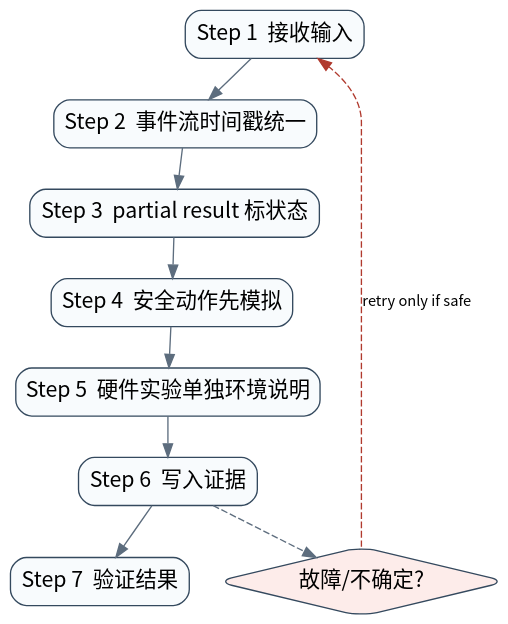
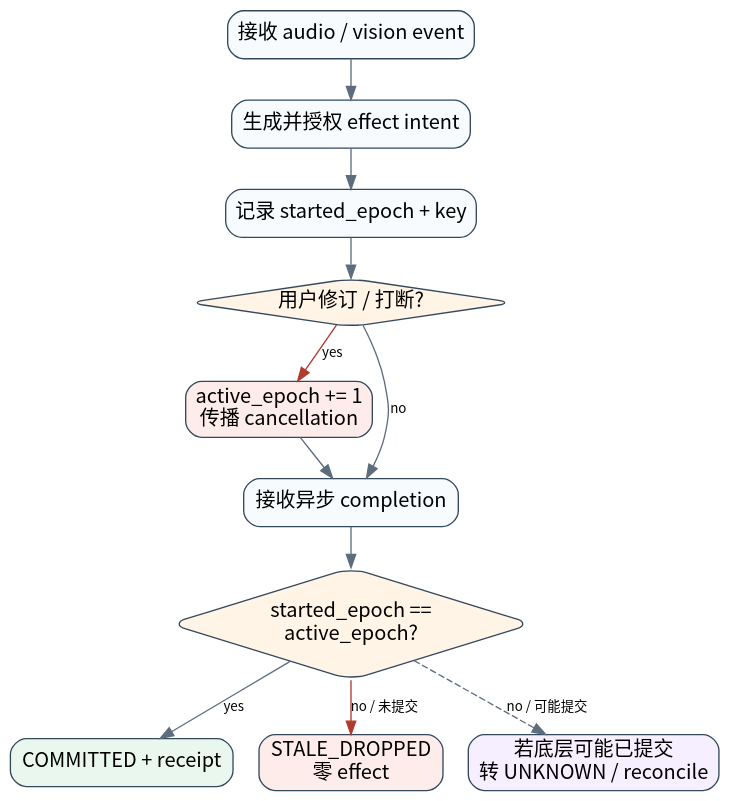
The diagram in book/assets/diagrams/38-multimodal-flow.dot (william-lbn/aiagentsystem), drawn with Graphviz before and after one commit. The commit also changed 115 other files, not shown here.

```diff
--- a/book/assets/diagrams/38-multimodal-flow.dot
+++ b/book/assets/diagrams/38-multimodal-flow.dot
@@ -1,21 +1,25 @@
 digraph G {
-graph [rankdir=TB,bgcolor="transparent",pad="0.15",nodesep="0.28",ranksep="0.42"];
-node [shape=box,style="rounded,filled",fontname="Noto Sans CJK SC",fontsize=16,color="#34495e",fillcolor="#f8fbfd"];
-edge [fontname="Noto Sans CJK SC",fontsize=11,color="#5d6d7e"];
-s0 [label="Step 1  接收输入"];
-s1 [label="Step 2  事件流时间戳统一"];
-s2 [label="Step 3  partial result 标状态"];
-s3 [label="Step 4  安全动作先模拟"];
-s4 [label="Step 5  硬件实验单独环境说明"];
-s5 [label="Step 6  写入证据"];
-s6 [label="Step 7  验证结果"];
-s0->s1;
-s1->s2;
-s2->s3;
-s3->s4;
-s4->s5;
-s5->s6;
-fail [shape=diamond,label="故障/不确定?",fillcolor="#fdecea"];
-s5->fail [style=dashed];
-fail->s0 [label="retry only if safe",style=dashed,color="#b03a2e"];
+graph [rankdir=TB,bgcolor="transparent",pad="0.15",nodesep="0.27",ranksep="0.40"];
+node [shape=box,style="rounded,filled",fontname="Noto Sans CJK SC",fontsize=15,color="#34495e",fillcolor="#f8fbfd"];
+edge [fontname="Noto Sans CJK SC",fontsize=10,color="#5d6d7e"];
+ingest [label="接收 audio / vision event"];
+intent [label="生成并授权 effect intent"];
+start [label="记录 started_epoch + key"];
+interrupt [shape=diamond,label="用户修订 / 打断?",fillcolor="#fff4e6"];
+advance [label="active_epoch += 1\n传播 cancellation",fillcolor="#fdecea"];
+complete [label="接收异步 completion"];
+current [shape=diamond,label="started_epoch ==\nactive_epoch?",fillcolor="#fff4e6"];
+commit [label="COMMITTED + receipt",fillcolor="#eaf7ee"];
+drop [label="STALE_DROPPED\n零 effect",fillcolor="#fdecea"];
+unknown [label="若底层可能已提交\n转 UNKNOWN / reconcile",fillcolor="#f6efff"];
+ingest->intent;
+intent->start;
+start->interrupt;
+interrupt->complete [label="no"];
+interrupt->advance [label="yes",color="#b03a2e"];
+advance->complete;
+complete->current;
+current->commit [label="yes"];
+current->drop [label="no / 未提交",color="#b03a2e"];
+current->unknown [label="no / 可能提交",style=dashed];
 }
```
